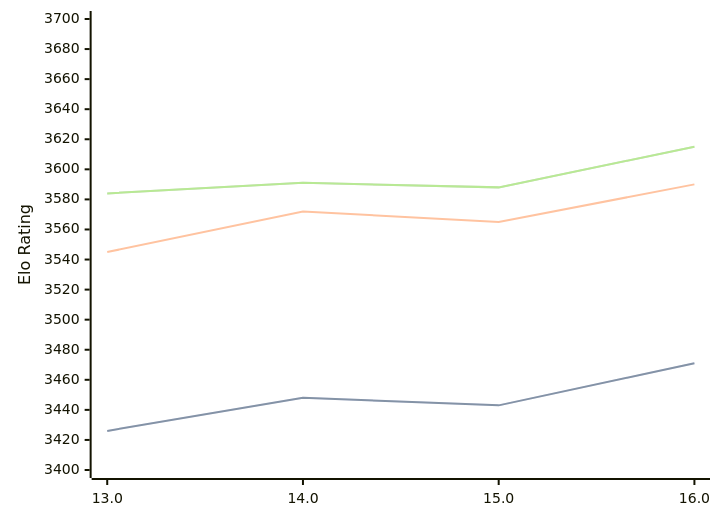
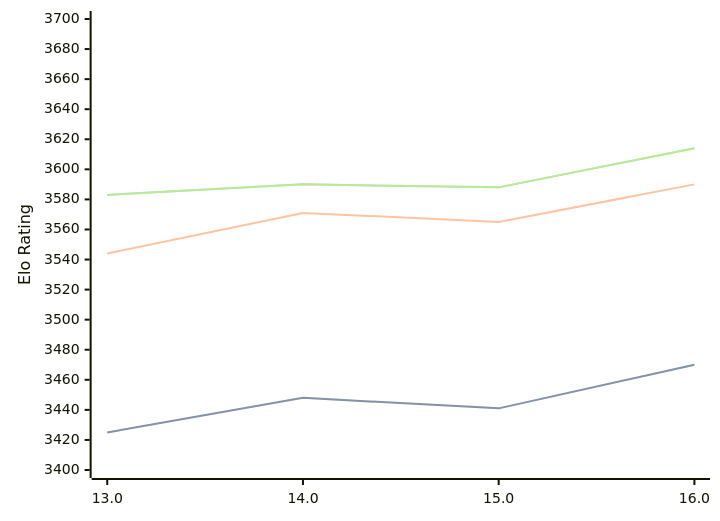
Before and after one commit to computer-chess-index/cci: the diagram in engines/Obsidian.md, drawn with Mermaid. The commit also changed other lines of this file, not shown here.

Commit message:
Update CCI Ratings (ELO VLTC) - 2026-04-17

````diff
--- a/engines/Obsidian.md
+++ b/engines/Obsidian.md
@@ -43,11 +43,11 @@
 ```mermaid
 %%{init: {"theme":"base","themeVariables":{"seriesColors:['#a3a3a3','#222221','#faa371']}}}%%
 xychart-beta
   x-axis ["13.0", "14.0", "15.0", "16.0"]
   y-axis "Elo Rating" 3400 --> 3700
-  line "STC (8.0+0.08s)" [3426, 3448, 3443, 3471]
-  line "STC (8.0+0.08s)" [3426, 3448, 3443, 3471]
-  line "LTC (60.0+0.60s)" [3545, 3572, 3565, 3590]
-  line "VLTC (2m24s+1.12s)" [3584, 3591, 3588, 3615]
-  line "VLTC (2m24s+1.12s)" [3584, 3591, 3588, 3615]
+  line "STC (8.0+0.08s)" [3425, 3448, 3441, 3470]
+  line "STC (8.0+0.08s)" [3425, 3448, 3441, 3470]
+  line "LTC (60.0+0.60s)" [3544, 3571, 3565, 3590]
+  line "VLTC (2m24s+1.12s)" [3583, 3590, 3588, 3614]
+  line "VLTC (2m24s+1.12s)" [3583, 3590, 3588, 3614]
 ```
````
